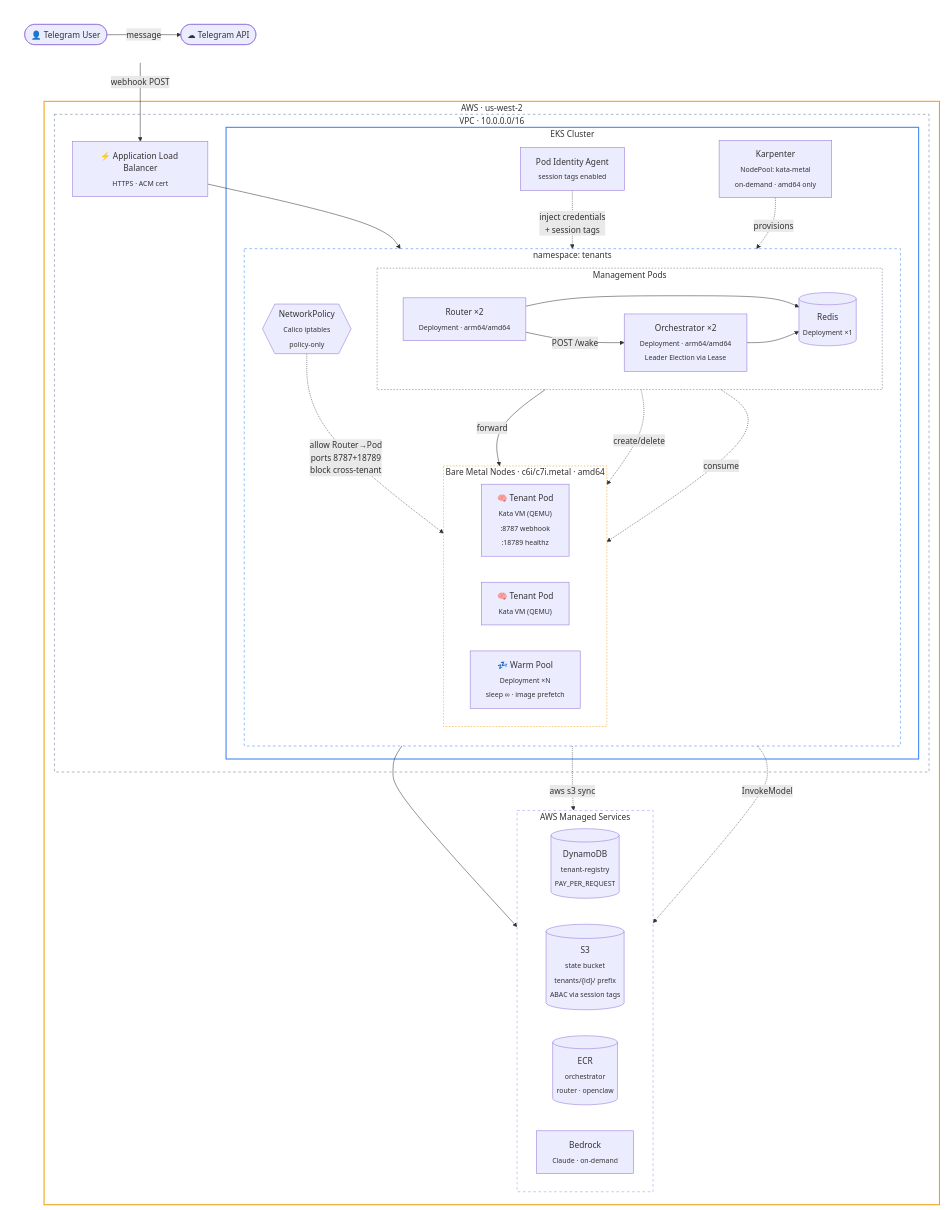
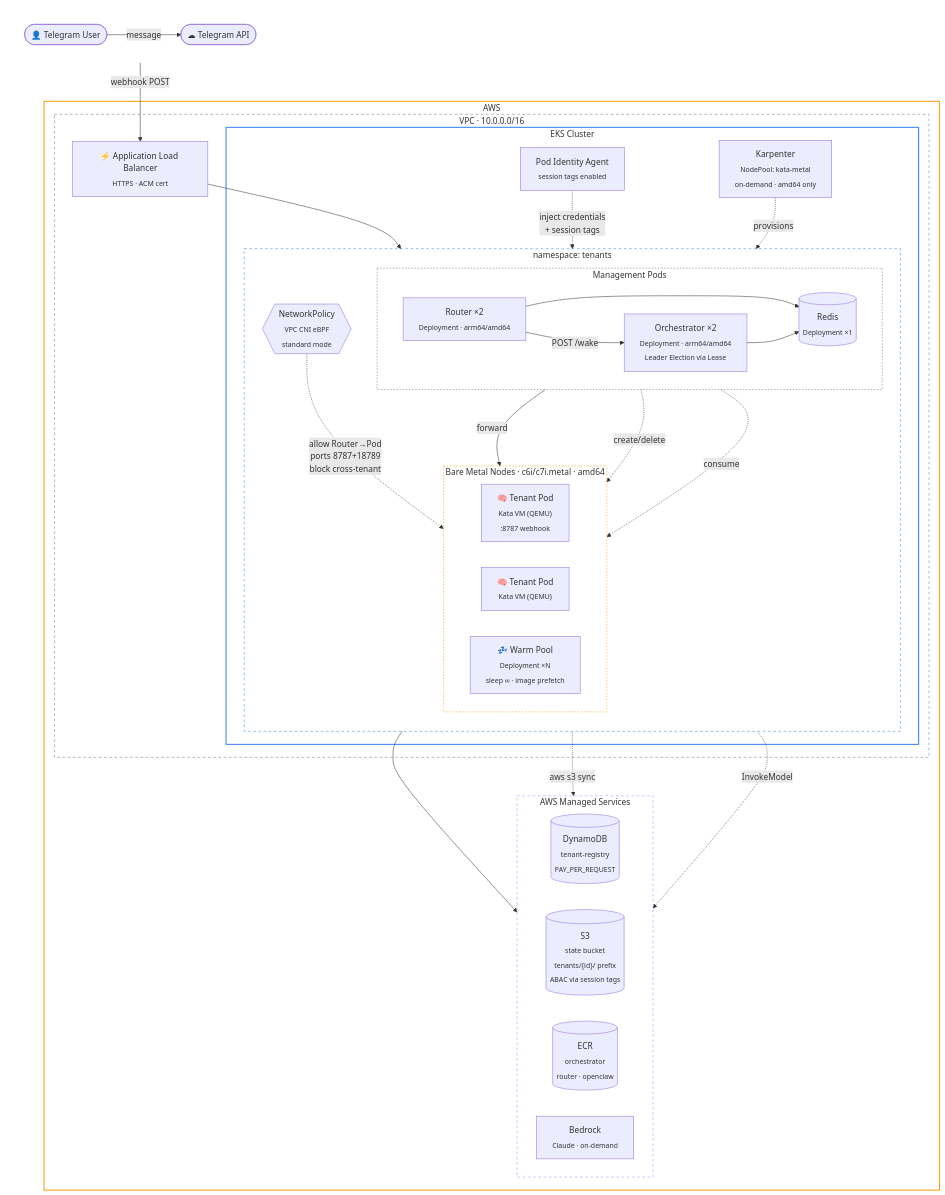
The second of 8 diagrams in docs/architecture.md (aws-samples/sample-multi-tenancy-openclaw-on-eks), drawn with Mermaid before and after one commit. The commit also changed other lines of this file and 3 other files, not shown here.

````diff
--- a/docs/architecture.md
+++ b/docs/architecture.md
@@ -60,79 +60,79 @@
 ```mermaid
 flowchart TB
     subgraph internet [" "]
         direction LR
         User(["👤 Telegram User"])
         TG(["☁ Telegram API"])
     end
 
-    subgraph aws ["AWS · us-west-2"]
+    subgraph aws ["AWS"]
         subgraph vpc ["VPC · 10.0.0.0/16"]
             ALB["⚡ Application Load Balancer<br/><sub>HTTPS · ACM cert</sub>"]
 
             subgraph eks ["EKS Cluster"]
                 subgraph ns_tenants ["namespace: tenants"]
                     direction TB
                     subgraph mgmt ["Management Pods"]
                         direction LR
                         R["Router ×2<br/><sub>Deployment · arm64/amd64</sub>"]
                         O["Orchestrator ×2<br/><sub>Deployment · arm64/amd64<br/>Leader Election via Lease</sub>"]
                         RD[("Redis<br/><sub>Deployment ×1</sub>")]
                     end
 
                     subgraph metal ["Bare Metal Nodes · c6i/c7i.metal · amd64"]
                         direction LR
-                        TP1["🧠 Tenant Pod<br/><sub>Kata VM (QEMU)<br/>:8787 webhook<br/>:18789 healthz</sub>"]
+                        TP1["🧠 Tenant Pod<br/><sub>Kata VM (QEMU)<br/>:8787 webhook</sub>"]
                         TP2["🧠 Tenant Pod<br/><sub>Kata VM (QEMU)</sub>"]
                         WP["💤 Warm Pool<br/><sub>Deployment ×N<br/>sleep ∞ · image prefetch</sub>"]
                     end
 
-                    NP{{"NetworkPolicy<br/><sub>Calico iptables<br/>policy-only</sub>"}}
+                    NP{{"NetworkPolicy<br/><sub>VPC CNI eBPF<br/>standard mode</sub>"}}
                 end
 
                 KP["Karpenter<br/><sub>NodePool: kata-metal<br/>on-demand · amd64 only</sub>"]
 
                 PI["Pod Identity Agent<br/><sub>session tags enabled</sub>"]
             end
         end
 
         subgraph aws_svc ["AWS Managed Services"]
             direction LR
             DDB[("DynamoDB<br/><sub>tenant-registry<br/>PAY_PER_REQUEST</sub>")]
             S3[("S3<br/><sub>state bucket<br/>tenants/{id}/ prefix<br/>ABAC via session tags</sub>")]
             ECR[("ECR<br/><sub>orchestrator<br/>router · openclaw</sub>")]
             BR["Bedrock<br/><sub>Claude · on-demand</sub>"]
         end
     end
 
     User -- message --> TG
     TG -- "webhook POST" --> ALB
     ALB --> R
     R --> RD
     R -- "POST /wake" --> O
     R -- "forward" --> TP1
 
     O --> DDB
     O --> RD
     O -. "create/delete" .-> TP1
     O -. "consume" .-> WP
     KP -. "provisions" .-> metal
 
     PI -. "inject credentials
 + session tags" .-> TP1
 
     TP1 -. "aws s3 sync" .-> S3
     TP1 -. "InvokeModel" .-> BR
 
     NP -. "allow Router→Pod
 ports 8787+18789
 block cross-tenant" .-> metal
 
     style internet fill:none,stroke:none
     style aws fill:none,stroke:#f59e0b,stroke-width:2px
     style vpc fill:none,stroke:#64748b,stroke-width:1px,stroke-dasharray:5 5
     style eks fill:none,stroke:#3b82f6,stroke-width:2px
     style ns_tenants fill:none,stroke:#3b82f6,stroke-width:1px,stroke-dasharray:5 5
     style mgmt fill:none,stroke:#64748b,stroke-width:1px,stroke-dasharray:3 3
     style metal fill:none,stroke:#f59e0b,stroke-width:1px,stroke-dasharray:3 3
     style aws_svc fill:none,stroke:#a78bfa,stroke-width:1px,stroke-dasharray:5 5
 ```
````
